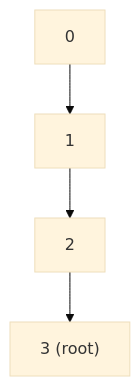
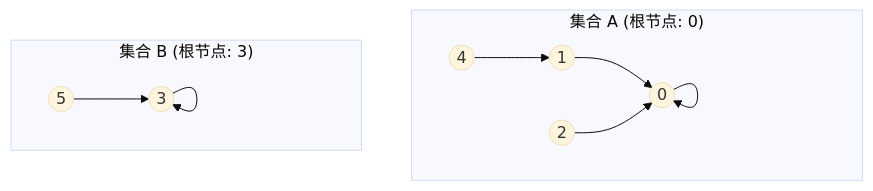
Before and after one commit to easonlines2007/easonlin-blog: the diagram in src/content/notes/CS61B/lecture-14.md, drawn with Mermaid (base theme). The commit also changed other lines of this file and 230 other files, not shown here.

````diff
--- a/src/content/notes/CS61B/lecture-14.md
+++ b/src/content/notes/CS61B/lecture-14.md
@@ -124,7 +125,13 @@
 ```mermaid
 graph TD
-    N3["3 (root)"]
-    N2["2"] --> N3
-    N1["1"] --> N2
-    N0["0"] --> N1
+    subgraph Tree1 ["集合 A (根节点: 0)"]
+        0((0)) --> 0
+        1((1)) --> 0
+        2((2)) --> 0
+        4((4)) --> 1
+    end
+    subgraph Tree2 ["集合 B (根节点: 3)"]
+        3((3)) --> 3
+        5((5)) --> 3
+    end
 ```
````
